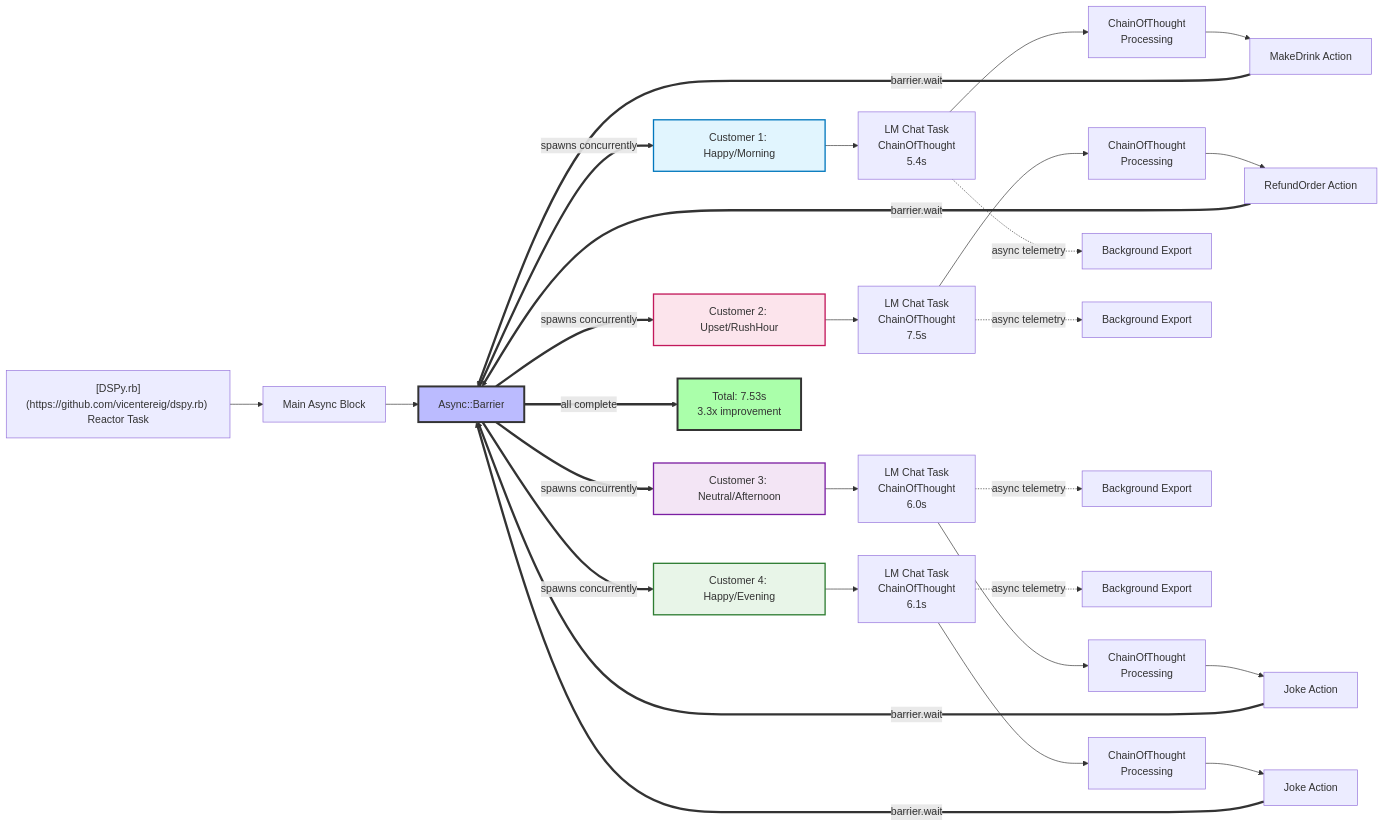
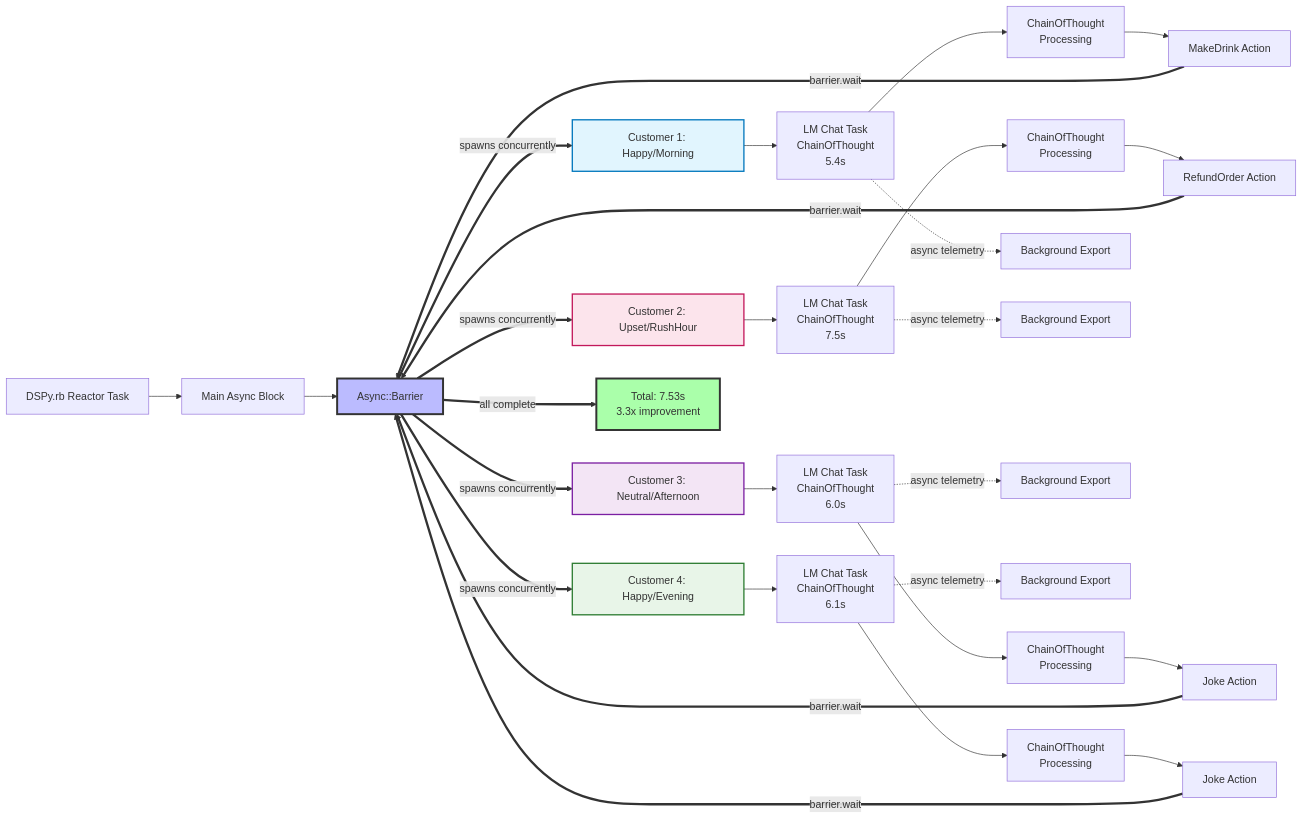
One commit to vicentereig/dspy.rb changed the second of 2 diagrams in docs/src/_articles/dspy-rb-concurrent-architecture-deep-dive.md. Above: the diagram before and after it, drawn with Mermaid. The commit also changed other lines of this file and 57 other files, not shown here.

````diff
--- a/docs/src/_articles/dspy-rb-concurrent-architecture-deep-dive.md
+++ b/docs/src/_articles/dspy-rb-concurrent-architecture-deep-dive.md
@@ -221,34 +224,34 @@
 ```mermaid
 flowchart LR
-    R["[DSPy.rb](https://github.com/vicentereig/dspy.rb) Reactor Task"] --> MA["Main Async Block"]
+    R["DSPy.rb Reactor Task"] --> MA["Main Async Block"]
     MA --> AB["Async::Barrier"]
     AB == spawns concurrently ==> C1["Customer 1: Happy/Morning"] & C2["Customer 2: Upset/RushHour"] & C3["Customer 3: Neutral/Afternoon"] & C4["Customer 4: Happy/Evening"]
     
     C1 --> LM1["LM Chat Task<br/>ChainOfThought<br/>5.4s"]
     C2 --> LM2["LM Chat Task<br/>ChainOfThought<br/>7.5s"]
     C3 --> LM3["LM Chat Task<br/>ChainOfThought<br/>6.0s"] 
     C4 --> LM4["LM Chat Task<br/>ChainOfThought<br/>6.1s"]
     
     LM1 --> COT1["ChainOfThought<br/>Processing"] --> MD1["MakeDrink Action"]
     LM2 --> COT2["ChainOfThought<br/>Processing"] --> RO2["RefundOrder Action"]
     LM3 --> COT3["ChainOfThought<br/>Processing"] --> J3["Joke Action"]
     LM4 --> COT4["ChainOfThought<br/>Processing"] --> J4["Joke Action"]
     
     LM1 -. async telemetry .-> T1["Background Export"]
     LM2 -. async telemetry .-> T2["Background Export"]
     LM3 -. async telemetry .-> T3["Background Export"]
     LM4 -. async telemetry .-> T4["Background Export"]
     
     MD1 == "barrier.wait" ==> AB
     RO2 == "barrier.wait" ==> AB  
     J3 == "barrier.wait" ==> AB
     J4 == "barrier.wait" ==> AB
     AB == all complete ==> Result["Total: 7.53s<br/>3.3x improvement"]
     
     style AB fill:#bbf,stroke:#333,stroke-width:3px
     style Result fill:#afa,stroke:#333,stroke-width:3px
     style C1 fill:#e1f5fe,stroke:#0277bd,stroke-width:2px
     style C2 fill:#fce4ec,stroke:#c2185b,stroke-width:2px
     style C3 fill:#f3e5f5,stroke:#7b1fa2,stroke-width:2px
     style C4 fill:#e8f5e8,stroke:#2e7d32,stroke-width:2px
 ```
````
